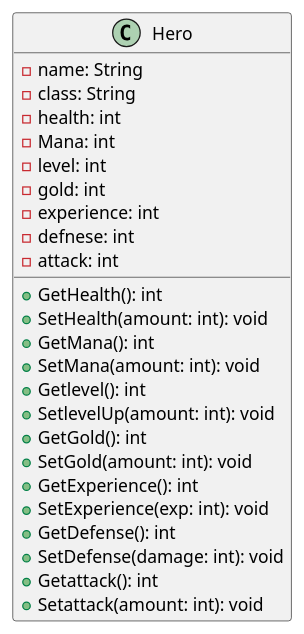
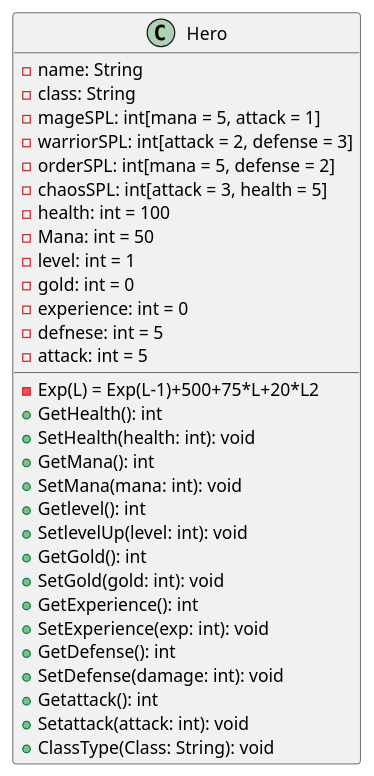
Before and after one commit to JosefG50/2203-Legends-of-Sword-and-Wand: the diagram in PlantUML/sequence.plantuml, drawn with PlantUML.

Commit message:
docs(uml): Hero SPL (Stats Per Level) Introduction
Adding a template code for SPL so i can see what I'd like to continue with

```diff
--- a/PlantUML/sequence.plantuml
+++ b/PlantUML/sequence.plantuml
@@ -1,43 +1,48 @@
 @startuml
 class Hero {
     - name: String
-    - class: String
-    - health: int
-    - Mana: int
-    - level: int
-    - gold: int
-    - experience: int
-    - defnese: int
-    - attack: int
+    - class: String   
+    - mageSPL: int[mana = 5, attack = 1]
+    - warriorSPL: int[attack = 2, defense = 3]
+    - orderSPL: int[mana = 5, defense = 2]
+    - chaosSPL: int[attack = 3, health = 5]
+    - health: int = 100
+    - Mana: int = 50
+    - level: int = 1
+    - gold: int = 0
+    - experience: int = 0
+    - defnese: int = 5
+    - attack: int = 5
+    - Exp(L) = Exp(L-1)+500+75*L+20*L2
     + GetHealth(): int
-    + SetHealth(amount: int): void
+    + SetHealth(health: int): void
     + GetMana(): int
-    + SetMana(amount: int): void
+    + SetMana(mana: int): void
     + Getlevel(): int
-    + SetlevelUp(amount: int): void
+    + SetlevelUp(level: int): void
     + GetGold(): int
-    + SetGold(amount: int): void 
+    + SetGold(gold: int): void 
     + GetExperience(): int
     + SetExperience(exp: int): void
     + GetDefense(): int
     + SetDefense(damage: int): void
     + Getattack(): int
-    + Setattack(amount: int): void
-    
+    + Setattack(attack: int): void
+    + ClassType(Class: String): void
     
     
 }
 
 'Order' <|-- Hero : +5 Mana
 'Order' <|-- Hero : +2 Defense
 'Order' <|-- Hero : Heals/Shields
 'Chaos' <|-- Hero : +3 Attack
 'Chaos' <|-- Hero : +5 HP
 'Chaos' <|-- Hero : Fireball/Lightning
 'Warrior' <|-- Hero : +2 Attack
 'Warrior' <|-- Hero : +3 Defense
 'Warrior' <|-- Hero : Cleave/PHYSICAL
 'Mage' <|-- Hero : +5 Mana
 'Mage' <|-- Hero : +1 Attack
 'Mage' <|-- Hero : Mana Replenish
 @enduml
```
